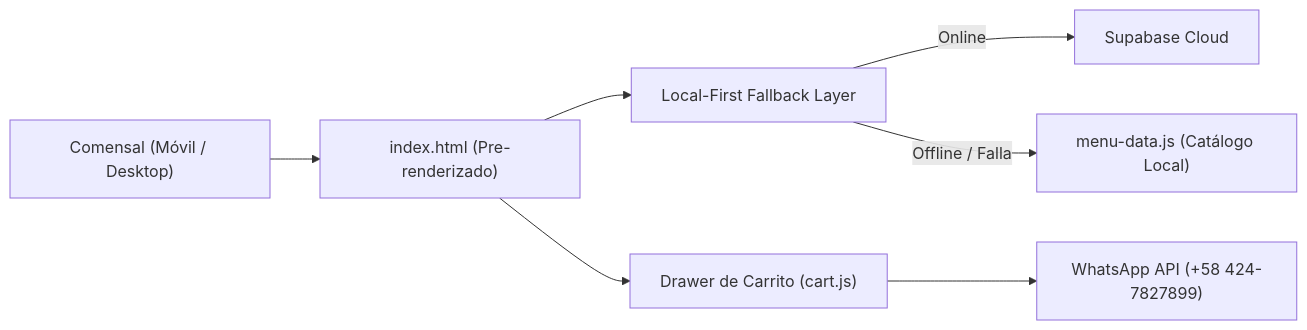
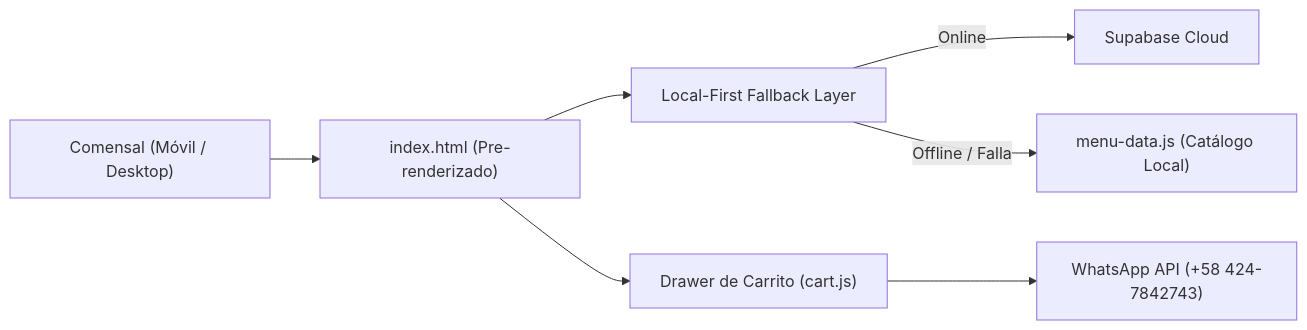
The diagram in README.md (pastaslafinestra-del/pastaslafinestra), drawn with Mermaid before and after one commit. The commit also changed other lines of this file and 24 other files, not shown here.

````diff
--- a/README.md
+++ b/README.md
@@ -17,9 +17,9 @@
 ```mermaid
 flowchart LR
     A["Comensal (Móvil / Desktop)"] --> B["index.html (Pre-renderizado)"]
     B --> C["Local-First Fallback Layer"]
     C -->|"Online"| D["Supabase Cloud"]
     C -->|"Offline / Falla"| E["menu-data.js (Catálogo Local)"]
     B --> F["Drawer de Carrito (cart.js)"]
-    F --> G["WhatsApp API (+58 424-7827899)"]
+    F --> G["WhatsApp API (+58 424-7842743)"]
 ```
````
